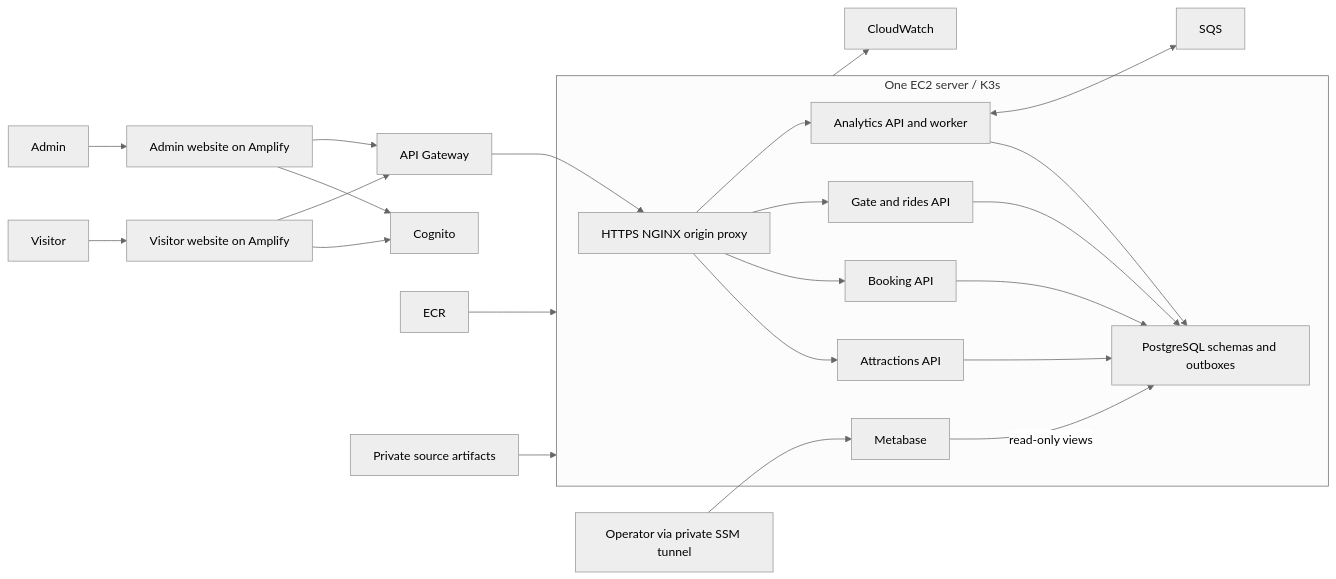
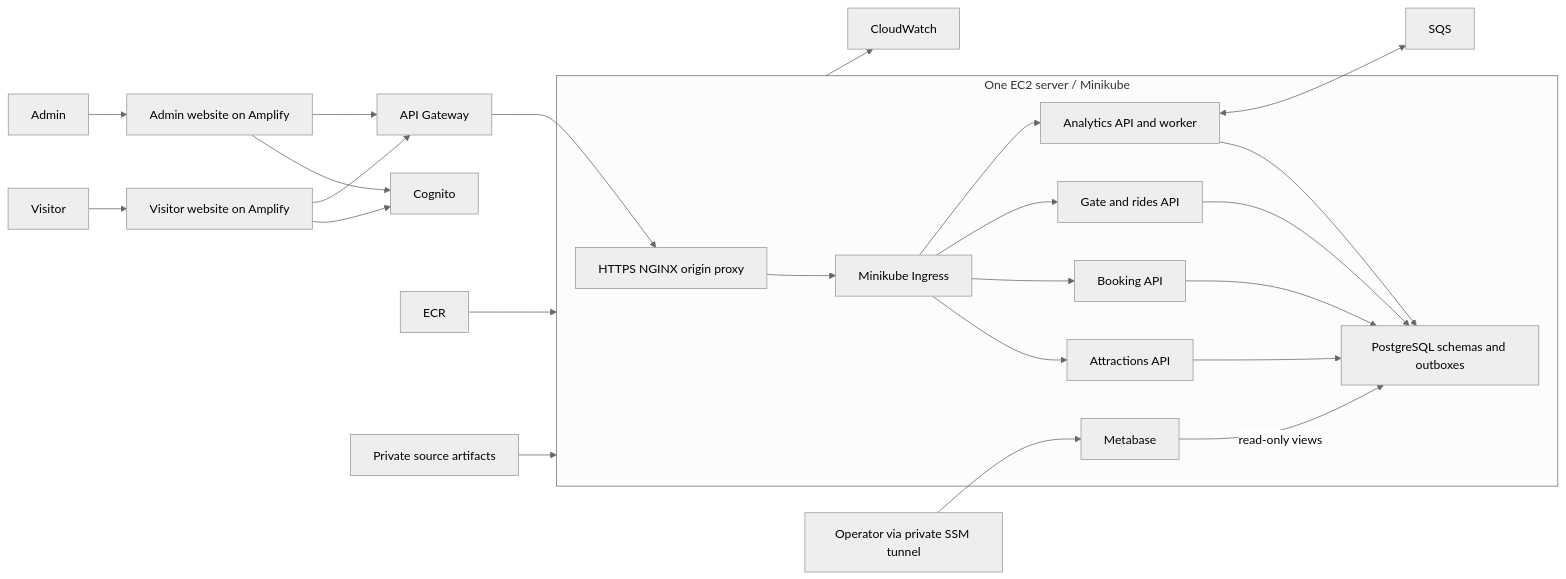
One commit to saditha93/wonderland changed the diagram in docs/diagrams/system.mmd. Above: the diagram before and after it, drawn with Mermaid (neutral theme). The commit also changed 27 other files, not shown here.

Commit message:
Switch AWS runtime to Minikube with built-in Ingress, update deployment scripts, add plan/plan-down commands, and refine documentation for new architecture.

```diff
--- a/docs/diagrams/system.mmd
+++ b/docs/diagrams/system.mmd
@@ -1,25 +1,26 @@
 %% Selected single-server AWS demonstration; optional EKS/RDS diagram is under advanced/.
 flowchart LR
     Visitor --> VisitorSite[Visitor website on Amplify]
     Admin --> AdminSite[Admin website on Amplify]
     VisitorSite --> Cognito
     AdminSite --> Cognito
     VisitorSite --> Gateway[API Gateway]
     AdminSite --> Gateway
     Gateway --> Proxy[HTTPS NGINX origin proxy]
-    subgraph Server[One EC2 server / K3s]
-        Proxy --> Catalog[Attractions API]
-        Proxy --> Booking[Booking API]
-        Proxy --> Gate[Gate and rides API]
-        Proxy --> Analytics[Analytics API and worker]
+    subgraph Server[One EC2 server / Minikube]
+        Proxy --> Ingress[Minikube Ingress]
+        Ingress --> Catalog[Attractions API]
+        Ingress --> Booking[Booking API]
+        Ingress --> Gate[Gate and rides API]
+        Ingress --> Analytics[Analytics API and worker]
         Catalog --> PostgreSQL[PostgreSQL schemas and outboxes]
         Booking --> PostgreSQL
         Gate --> PostgreSQL
         Analytics --> PostgreSQL
         Metabase -->|read-only views| PostgreSQL
     end
     Analytics <--> SQS
     Server --> CloudWatch
     ECR --> Server
     S3[Private source artifacts] --> Server
     Operator[Operator via private SSM tunnel] --> Metabase
```
